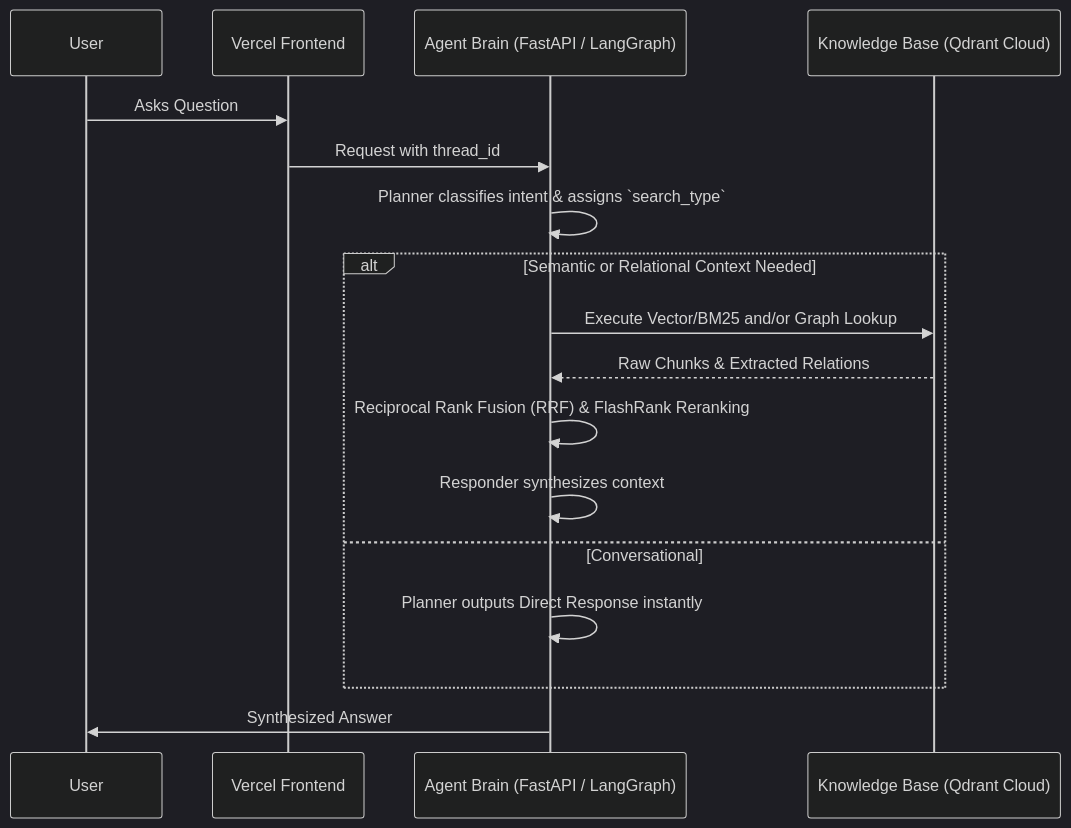
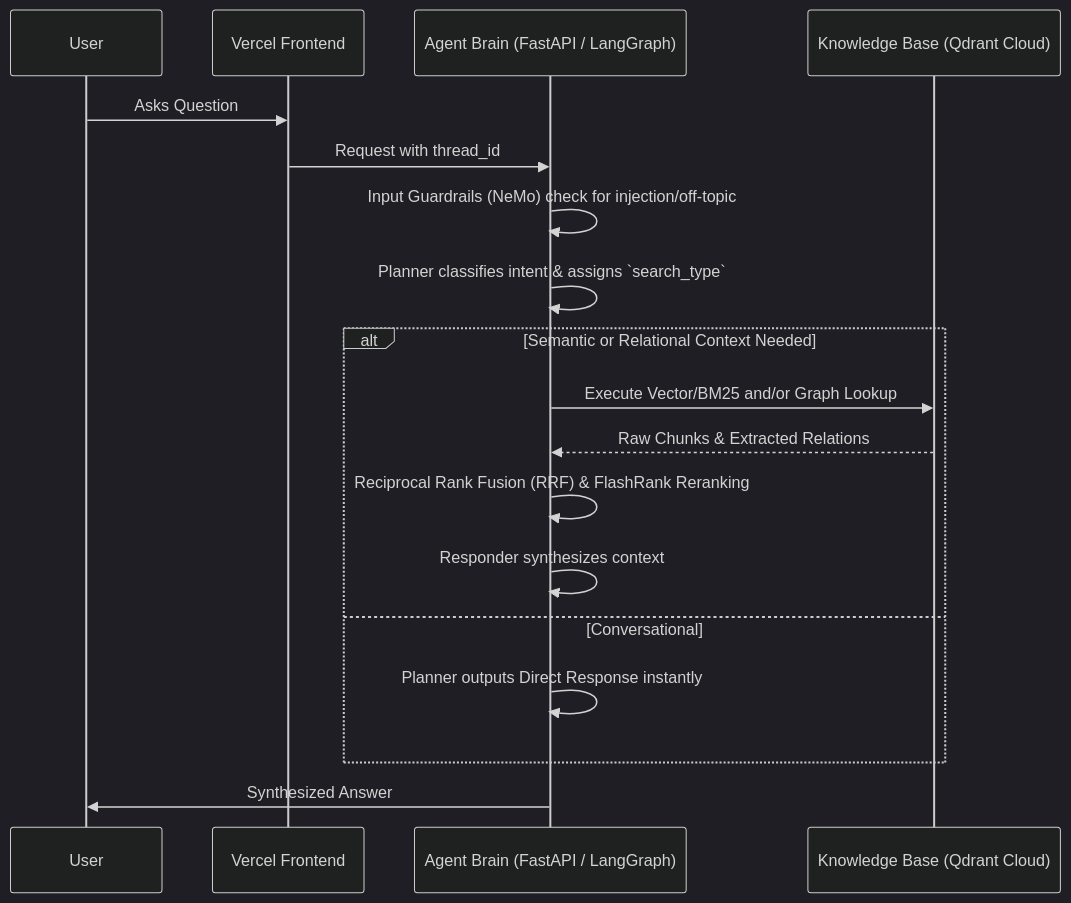
Before and after one commit to MuhammadUmerKhan/portfolio-web-bot: the diagram in docs/01_SYSTEM_OVERVIEW.md, drawn with Mermaid (dark theme). The commit also changed other lines of this file, not shown here.

Commit message:
docs: update system overview with Guardrails and Gateway

````diff
--- a/docs/01_SYSTEM_OVERVIEW.md
+++ b/docs/01_SYSTEM_OVERVIEW.md
@@ -18,22 +18,23 @@
 ```mermaid
 sequenceDiagram
     participant User
     participant UI as Vercel Frontend
     participant Agent as Agent Brain (FastAPI / LangGraph)
     participant DB as Knowledge Base (Qdrant Cloud)
 
     User->>UI: Asks Question
     UI->>Agent: Request with thread_id
+    Agent->>Agent: Input Guardrails (NeMo) check for injection/off-topic
     Agent->>Agent: Planner classifies intent & assigns `search_type`
     
     alt Semantic or Relational Context Needed
         Agent->>DB: Execute Vector/BM25 and/or Graph Lookup
         DB-->>Agent: Raw Chunks & Extracted Relations
         Agent->>Agent: Reciprocal Rank Fusion (RRF) & FlashRank Reranking
         Agent->>Agent: Responder synthesizes context
     else Conversational
         Agent->>Agent: Planner outputs Direct Response instantly
     end
     
     Agent->>User: Synthesized Answer
 ```
````
